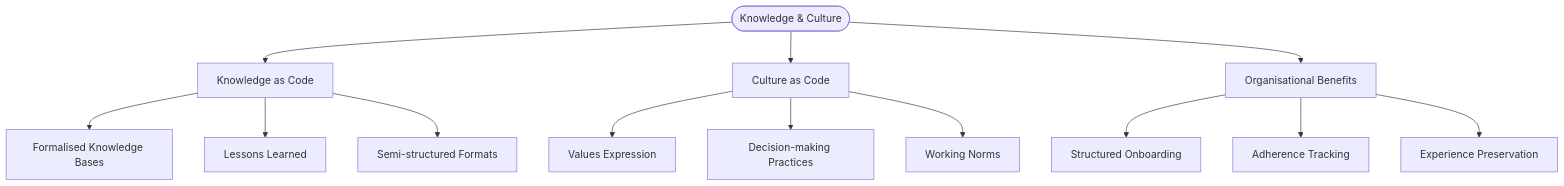
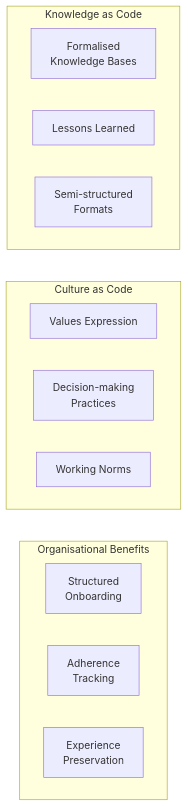
Before and after one commit to Geonitab/architecture_as_code: the diagram in docs/images/mindmap_23e_knowledge_culture.mmd, drawn with Mermaid. The commit also changed 165 other files, not shown here.

First line of the commit message:
Readable diagrams, a check that measures them, and the rules in the guides

```diff
--- a/docs/images/mindmap_23e_knowledge_culture.mmd
+++ b/docs/images/mindmap_23e_knowledge_culture.mmd
@@ -1,14 +1,22 @@
-graph TD
-    ROOT(["Knowledge & Culture"]):::geon-primary
-    ROOT --> KC["Knowledge as Code"]:::geon-accent
-    ROOT --> CC["Culture as Code"]:::geon-accent
-    ROOT --> OB["Organisational Benefits"]:::geon-accent
-    KC --> KC1["Formalised Knowledge Bases"]:::geon-highlight
-    KC --> KC2["Lessons Learned"]:::geon-highlight
-    KC --> KC3["Semi-structured Formats"]:::geon-highlight
-    CC --> CC1["Values Expression"]:::geon-highlight
-    CC --> CC2["Decision-making Practices"]:::geon-highlight
-    CC --> CC3["Working Norms"]:::geon-highlight
-    OB --> OB1["Structured Onboarding"]:::geon-highlight
-    OB --> OB2["Adherence Tracking"]:::geon-highlight
-    OB --> OB3["Experience Preservation"]:::geon-highlight
+flowchart TB
+    subgraph G0["Knowledge as Code"]
+        direction LR
+        N00["Formalised<br/>Knowledge Bases"]:::geon-highlight
+        N01["Lessons Learned"]:::geon-highlight
+        N02["Semi-structured<br/>Formats"]:::geon-highlight
+    end
+    subgraph G1["Culture as Code"]
+        direction LR
+        N10["Values Expression"]:::geon-highlight
+        N11["Decision-making<br/>Practices"]:::geon-highlight
+        N12["Working Norms"]:::geon-highlight
+    end
+    subgraph G2["Organisational Benefits"]
+        direction LR
+        N20["Structured<br/>Onboarding"]:::geon-highlight
+        N21["Adherence<br/>Tracking"]:::geon-highlight
+        N22["Experience<br/>Preservation"]:::geon-highlight
+    end
+
+    N01 ~~~ N11
+    N11 ~~~ N21
```
